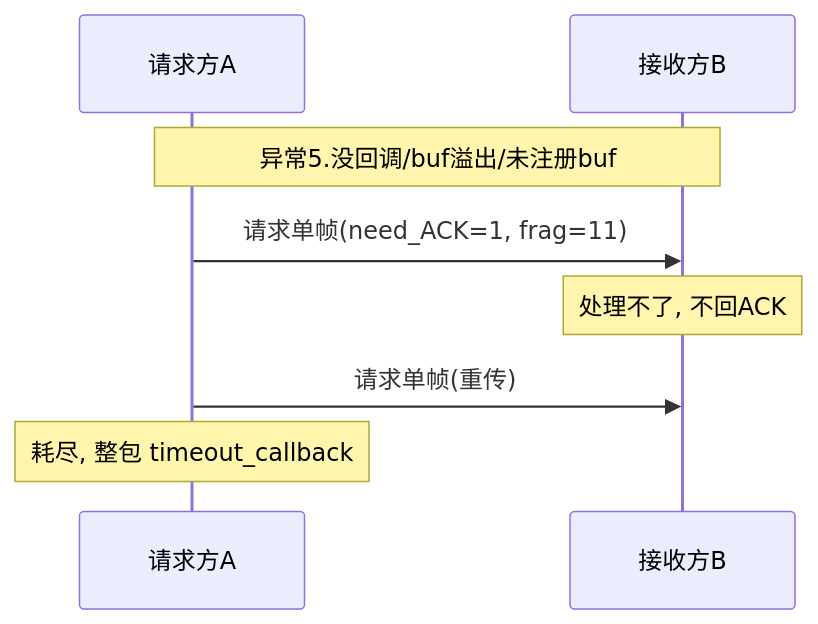
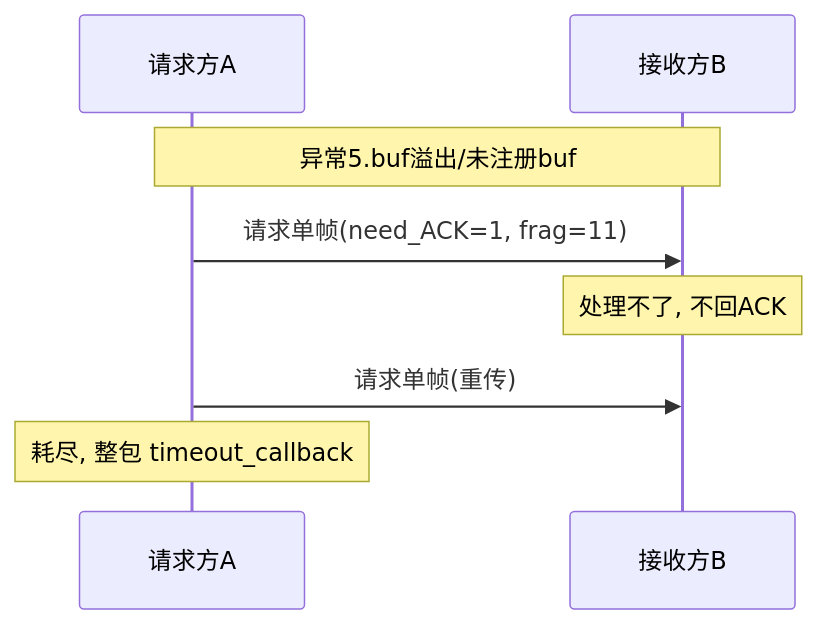
One commit to Siaiai/ObsidianNote changed diagram 11 of 13 in 工作/项目/代码/260401S3分拣面板-SIA-R9000P.md. Above: the diagram before and after it, drawn with Mermaid. The commit also changed other lines of this file and 1 other file, not shown here.

````diff
--- a/工作/项目/代码/260401S3分拣面板-SIA-R9000P.md
+++ b/工作/项目/代码/260401S3分拣面板-SIA-R9000P.md
@@ -253,10 +253,10 @@
 ```mermaid
 sequenceDiagram
     participant A as 请求方A
     participant B as 接收方B
-    Note over A,B: 异常5.没回调/buf溢出/未注册buf
+    Note over A,B: 异常5.buf溢出/未注册buf
     A->>B: 请求单帧(need_ACK=1, frag=11)
     Note over B: 处理不了, 不回ACK
     A->>B: 请求单帧(重传)
     Note over A: 耗尽, 整包 timeout_callback
 ```
````
